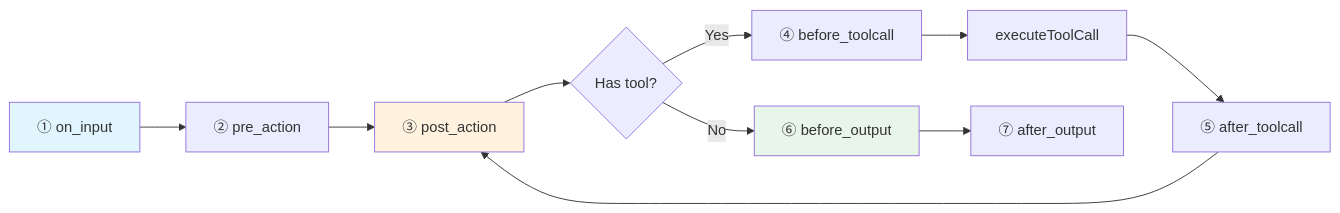
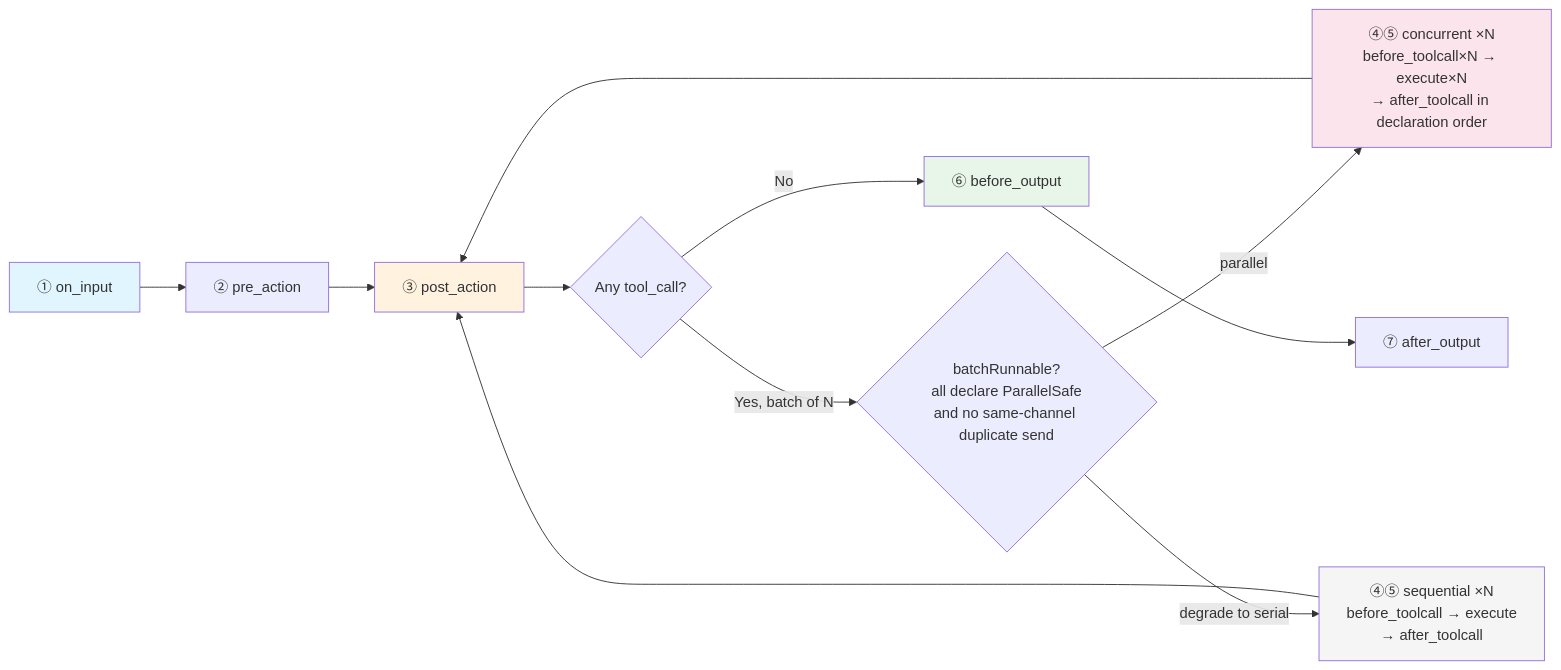
Before and after one commit to JianFeeeee/HomeAgent: the second of 3 diagrams in README_EN.md, drawn with Mermaid. The commit also changed other lines of this file and 1 other file, not shown here.

````diff
--- a/README_EN.md
+++ b/README_EN.md
@@ -112,15 +120,18 @@
 ```mermaid
 flowchart LR
     S1[① on_input] --> S2[② pre_action]
     S2 --> S3[③ post_action]
-    S3 --> Q{Has tool?}
-    Q -->|Yes| S4[④ before_toolcall]
-    S4 --> T[executeToolCall]
-    T --> S5[⑤ after_toolcall]
-    S5 --> S3
+    S3 --> Q{Any tool_call?}
+    Q -->|Yes, batch of N| PB{batchRunnable?<br/>all declare ParallelSafe<br/>and no same-channel duplicate send}
+    PB -->|parallel| S45P[④⑤ concurrent ×N<br/>before_toolcall×N → execute×N<br/>→ after_toolcall in declaration order]
+    PB -->|degrade to serial| S45S[④⑤ sequential ×N<br/>before_toolcall → execute<br/>→ after_toolcall]
+    S45P --> S3
+    S45S --> S3
     Q -->|No| S6[⑥ before_output]
     S6 --> S7[⑦ after_output]
     style S1 fill:#e1f5fe
     style S3 fill:#fff3e0
     style S6 fill:#e8f5e9
+    style S45P fill:#fce4ec
+    style S45S fill:#f5f5f5
 ```
````
